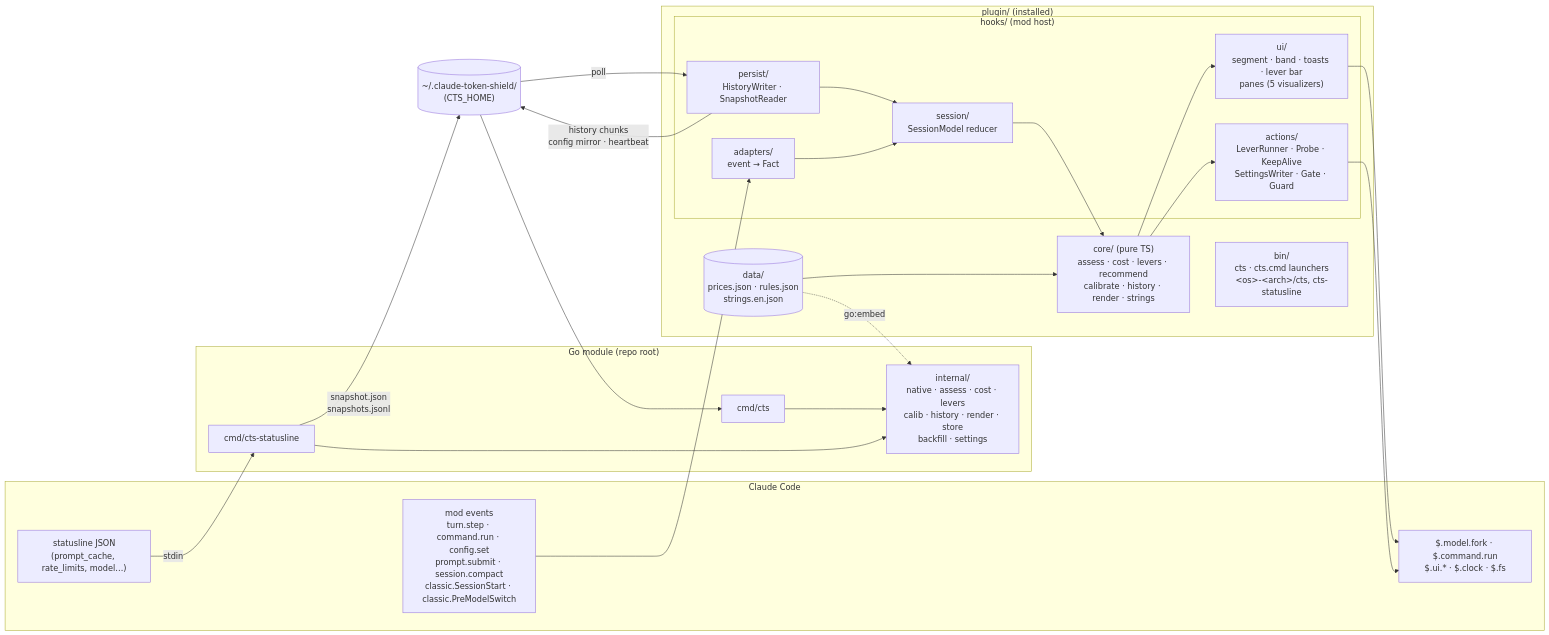
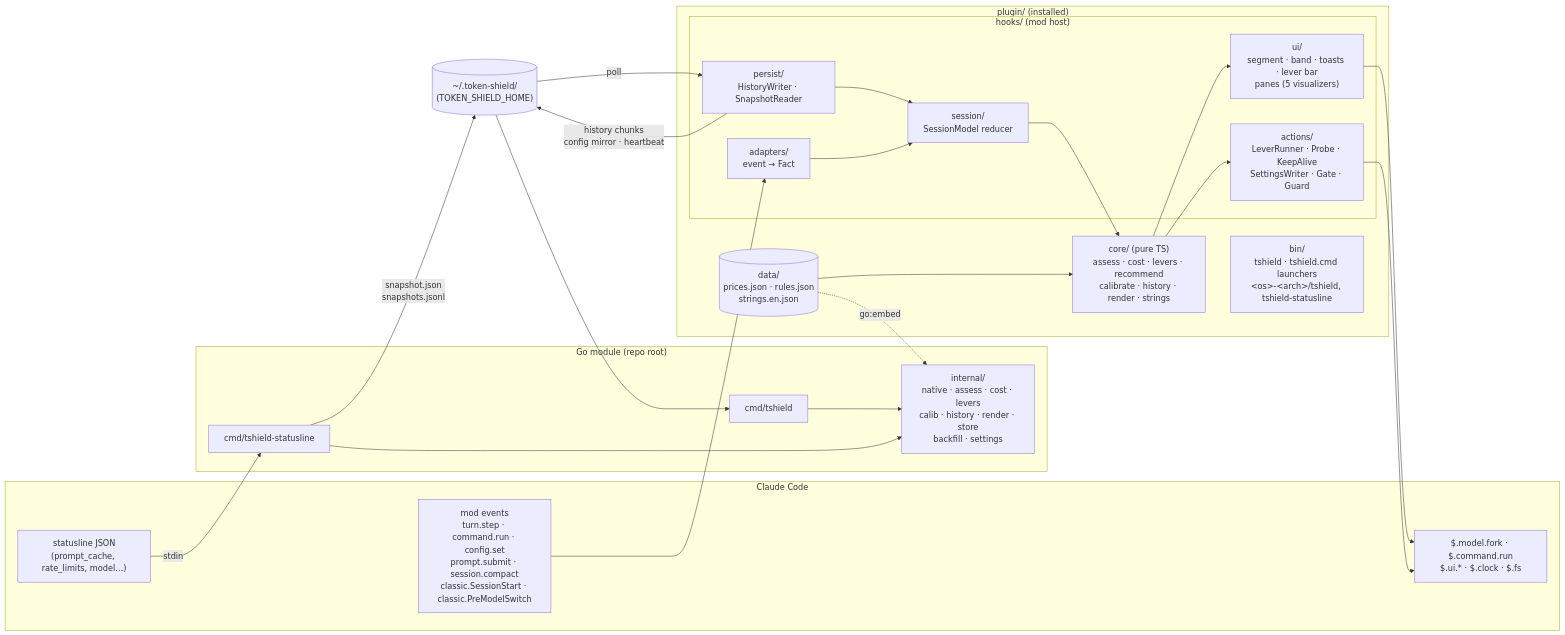
The first of 4 diagrams in spec/claude-token-shield/design.md (coreyx/claude-token-shield), drawn with Mermaid before and after one commit. The commit also changed other lines of this file and 4 other files, not shown here.

First line of the commit message:
docs: rename the product to Token Shield

````diff
--- a/spec/claude-token-shield/design.md
+++ b/spec/claude-token-shield/design.md
@@ -21,44 +21,44 @@
 ```mermaid
 flowchart LR
   subgraph CC["Claude Code"]
     SLJ["statusline JSON<br/>(prompt_cache, rate_limits, model…)"]
     EV["mod events<br/>turn.step · command.run · config.set<br/>prompt.submit · session.compact<br/>classic.SessionStart · classic.PreModelSwitch"]
     API["$.model.fork · $.command.run<br/>$.ui.* · $.clock · $.fs"]
   end
 
   subgraph Plugin["plugin/ (installed)"]
     subgraph Mod["hooks/ (mod host)"]
       ADP["adapters/<br/>event → Fact"]
       SES["session/<br/>SessionModel reducer"]
       ACT["actions/<br/>LeverRunner · Probe · KeepAlive<br/>SettingsWriter · Gate · Guard"]
       UI["ui/<br/>segment · band · toasts · lever bar<br/>panes (5 visualizers)"]
       PST["persist/<br/>HistoryWriter · SnapshotReader"]
     end
     CORE["core/ (pure TS)<br/>assess · cost · levers · recommend<br/>calibrate · history · render · strings"]
     DATA[("data/<br/>prices.json · rules.json<br/>strings.en.json")]
-    BIN["bin/<br/>cts · cts.cmd launchers<br/>&lt;os&gt;-&lt;arch&gt;/cts, cts-statusline"]
+    BIN["bin/<br/>tshield · tshield.cmd launchers<br/>&lt;os&gt;-&lt;arch&gt;/tshield, tshield-statusline"]
   end
 
   subgraph Go["Go module (repo root)"]
-    GSL["cmd/cts-statusline"]
-    GCLI["cmd/cts"]
+    GSL["cmd/tshield-statusline"]
+    GCLI["cmd/tshield"]
     GINT["internal/<br/>native · assess · cost · levers<br/>calib · history · render · store<br/>backfill · settings"]
   end
 
-  STORE[("~/.claude-token-shield/<br/>(CTS_HOME)")]
+  STORE[("~/.token-shield/<br/>(TOKEN_SHIELD_HOME)")]
 
   SLJ -- stdin --> GSL
   GSL -- "snapshot.json<br/>snapshots.jsonl" --> STORE
   EV --> ADP --> SES
   STORE -- poll --> PST --> SES
   SES --> CORE
   DATA --> CORE
   CORE --> UI
   CORE --> ACT
   ACT --> API
   UI --> API
   PST -- "history chunks<br/>config mirror · heartbeat" --> STORE
   STORE --> GCLI
   DATA -. go:embed .-> GINT
   GSL & GCLI --> GINT
 ```
````
